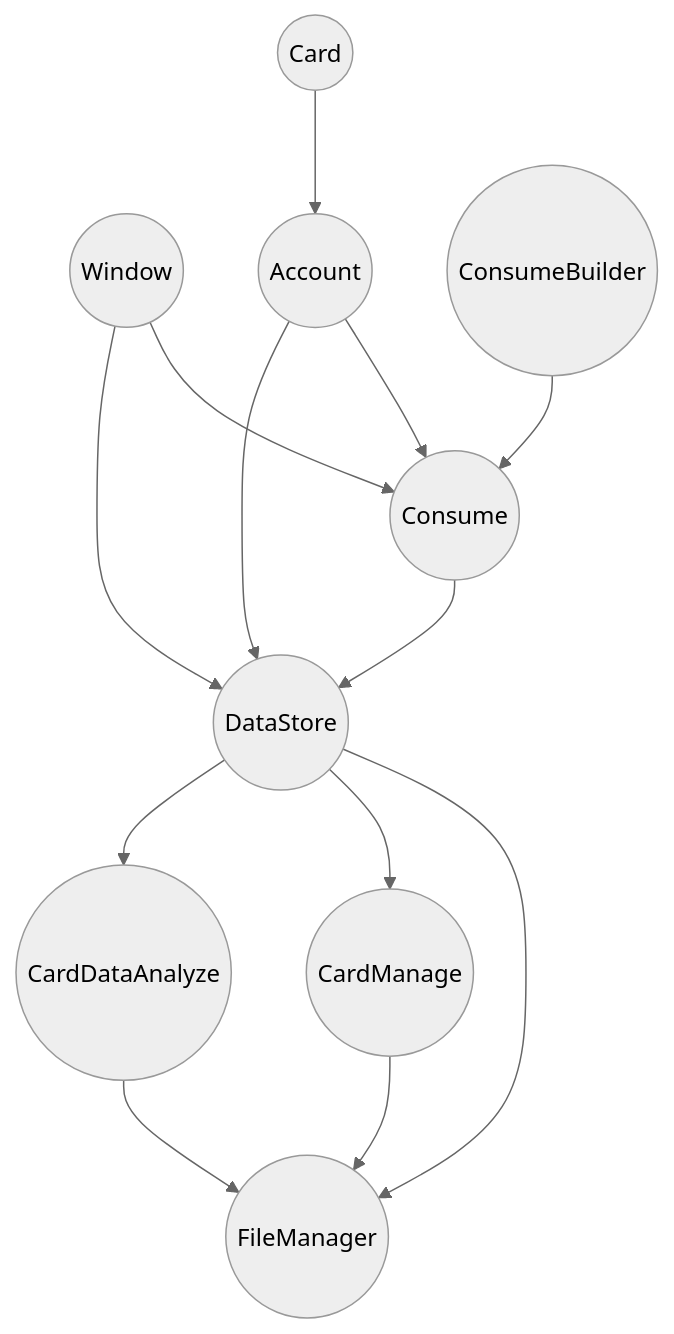
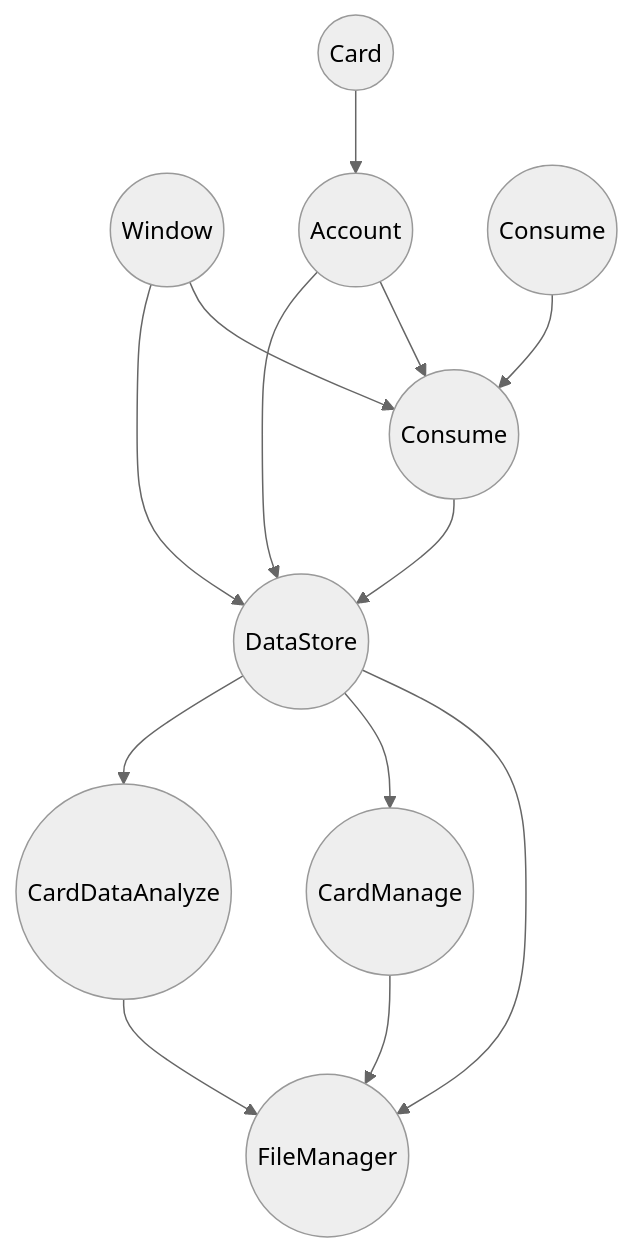
Before and after one commit to xhzq233/CampusCardBackEnd: the diagram in README.md, drawn with Mermaid (neutral theme). The commit also changed other lines of this file and 2 other files, not shown here.

Commit message:
refactor

````diff
--- a/README.md
+++ b/README.md
@@ -17,27 +17,27 @@
 ```mermaid
 graph TB
 
 A((FileManager))
 B((Window))
 C((Card))
 D((Account))
 E((Consume))
-F((ConsumeBuilder))
+F((Consume))
 G((DataStore))
 H((CardManage))
 I((CardDataAnalyze))
 
 G-->A
 H-->A
 I-->A
 B-->E
 D-->E
 E-->G
 F-->E
 B-->G
 C-->D
 D-->G
 G-->H
 G-->I
 
 ```
````
